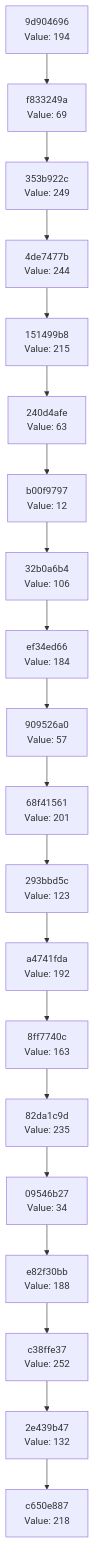
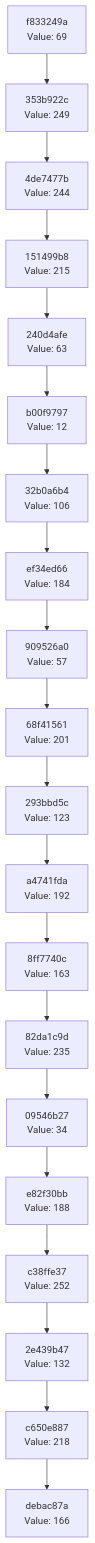
One commit to Abhisheksinha1506/hash-chain-evolver changed the diagram in docs/CHAIN_VISUALIZATION.md. Above: the diagram before and after it, drawn with Mermaid. The commit also changed 2 other files, not shown here.

Commit message:
Evolution Step

````diff
--- a/docs/CHAIN_VISUALIZATION.md
+++ b/docs/CHAIN_VISUALIZATION.md
@@ -3,42 +3,42 @@
 ```mermaid
 graph TD
-    C0["c650e887<br/>Value: 218"]
-    C1["2e439b47<br/>Value: 132"]
+    C0["debac87a<br/>Value: 166"]
+    C1["c650e887<br/>Value: 218"]
     C1 --> C0
-    C2["c38ffe37<br/>Value: 252"]
+    C2["2e439b47<br/>Value: 132"]
     C2 --> C1
-    C3["e82f30bb<br/>Value: 188"]
+    C3["c38ffe37<br/>Value: 252"]
     C3 --> C2
-    C4["09546b27<br/>Value: 34"]
+    C4["e82f30bb<br/>Value: 188"]
     C4 --> C3
-    C5["82da1c9d<br/>Value: 235"]
+    C5["09546b27<br/>Value: 34"]
     C5 --> C4
-    C6["8ff7740c<br/>Value: 163"]
+    C6["82da1c9d<br/>Value: 235"]
     C6 --> C5
-    C7["a4741fda<br/>Value: 192"]
+    C7["8ff7740c<br/>Value: 163"]
     C7 --> C6
-    C8["293bbd5c<br/>Value: 123"]
+    C8["a4741fda<br/>Value: 192"]
     C8 --> C7
-    C9["68f41561<br/>Value: 201"]
+    C9["293bbd5c<br/>Value: 123"]
     C9 --> C8
-    C10["909526a0<br/>Value: 57"]
+    C10["68f41561<br/>Value: 201"]
     C10 --> C9
-    C11["ef34ed66<br/>Value: 184"]
+    C11["909526a0<br/>Value: 57"]
     C11 --> C10
-    C12["32b0a6b4<br/>Value: 106"]
+    C12["ef34ed66<br/>Value: 184"]
     C12 --> C11
-    C13["b00f9797<br/>Value: 12"]
+    C13["32b0a6b4<br/>Value: 106"]
     C13 --> C12
-    C14["240d4afe<br/>Value: 63"]
+    C14["b00f9797<br/>Value: 12"]
     C14 --> C13
-    C15["151499b8<br/>Value: 215"]
+    C15["240d4afe<br/>Value: 63"]
     C15 --> C14
-    C16["4de7477b<br/>Value: 244"]
+    C16["151499b8<br/>Value: 215"]
     C16 --> C15
-    C17["353b922c<br/>Value: 249"]
+    C17["4de7477b<br/>Value: 244"]
     C17 --> C16
-    C18["f833249a<br/>Value: 69"]
+    C18["353b922c<br/>Value: 249"]
     C18 --> C17
-    C19["9d904696<br/>Value: 194"]
+    C19["f833249a<br/>Value: 69"]
     C19 --> C18
 ```
````
